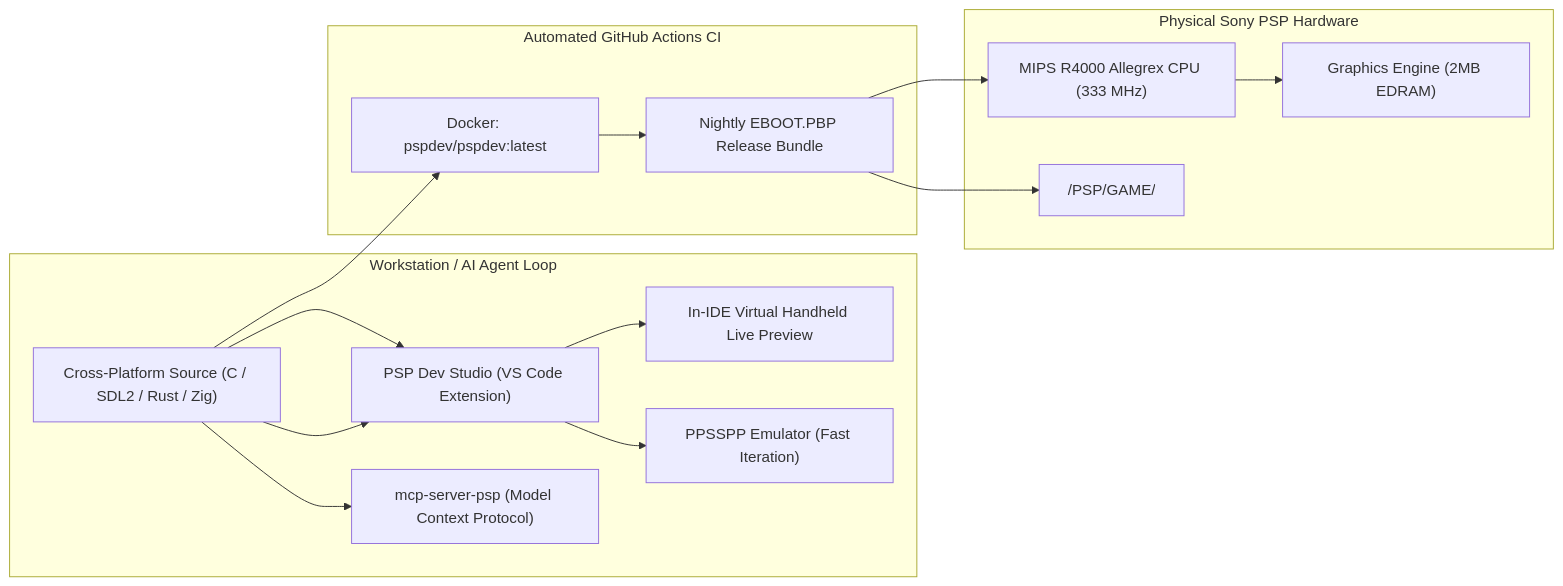
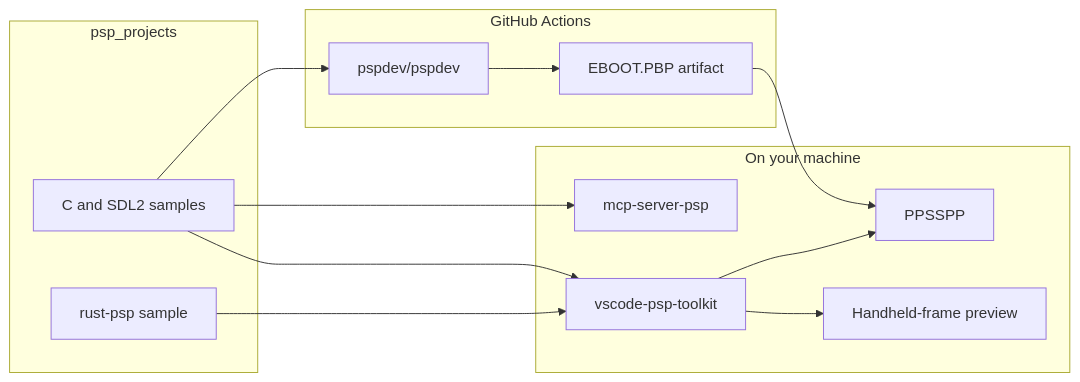
One commit to robfernan/PSP-Programming changed the diagram in README.md. Above: the diagram before and after it, drawn with Mermaid. The commit also changed other lines of this file, not shown here.

First line of the commit message:
Align README with current toolkit + star CTA

````diff
--- a/README.md
+++ b/README.md
@@ -54,28 +167,24 @@
 ```mermaid
 graph LR
-    subgraph Host ["Workstation / AI Agent Loop"]
-        PC_Source["Cross-Platform Source (C / SDL2 / Rust / Zig)"]
-        VSCode["PSP Dev Studio (VS Code Extension)"]
-        MCP["mcp-server-psp (Model Context Protocol)"]
-        LivePreview["In-IDE Virtual Handheld Live Preview"]
-        PPSSPP["PPSSPP Emulator (Fast Iteration)"]
+    subgraph Samples ["psp_projects"]
+        C["C and SDL2 samples"]
+        Rust["rust-psp sample"]
     end
-
-    subgraph CI ["Automated GitHub Actions CI"]
-        Docker["Docker: pspdev/pspdev:latest"]
-        BuildPack["Nightly EBOOT.PBP Release Bundle"]
+    subgraph Host ["On your machine"]
+        Ext["vscode-psp-toolkit"]
+        Preview["Handheld-frame preview"]
+        PPSSPP["PPSSPP"]
+        MCP["mcp-server-psp"]
     end
-
-    subgraph Target ["Physical Sony PSP Hardware"]
-        Allegrex["MIPS R4000 Allegrex CPU (333 MHz)"]
-        GE["Graphics Engine (2MB EDRAM)"]
-        MemoryStick["/PSP/GAME/<TITLE>/EBOOT.PBP"]
+    subgraph Actions ["GitHub Actions"]
+        Docker["pspdev/pspdev"]
+        Pack["EBOOT.PBP artifact"]
     end
-
-    PC_Source --> VSCode --> LivePreview
-    PC_Source --> VSCode --> PPSSPP
-    PC_Source --> MCP
-    PC_Source --> Docker --> BuildPack --> MemoryStick
-    BuildPack --> Allegrex
-    Allegrex --> GE
+    C --> Ext
+    Ext --> Preview
+    Ext --> PPSSPP
+    C --> MCP
+    C --> Docker --> Pack
+    Pack --> PPSSPP
+    Rust --> Ext
 ```
````
